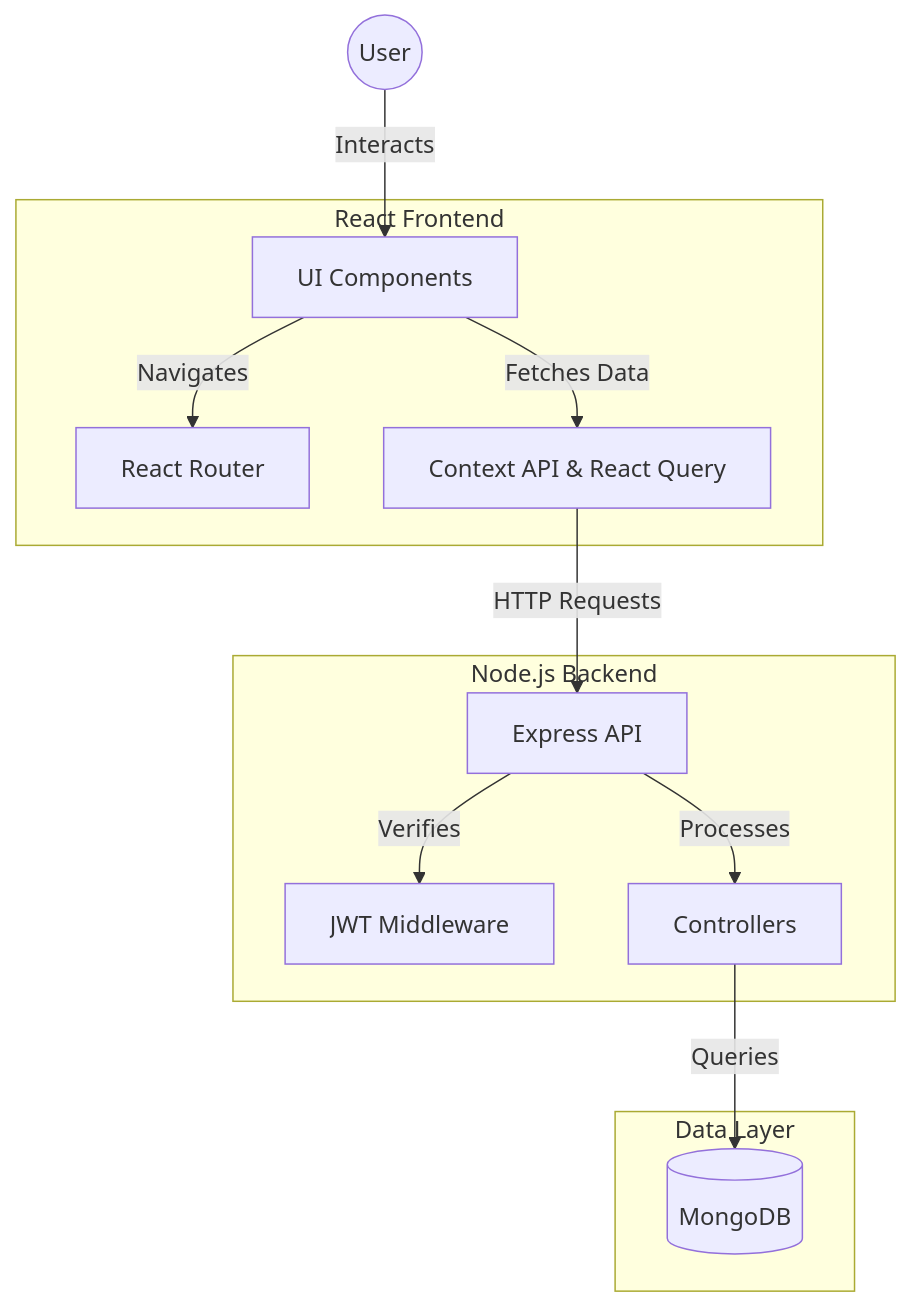
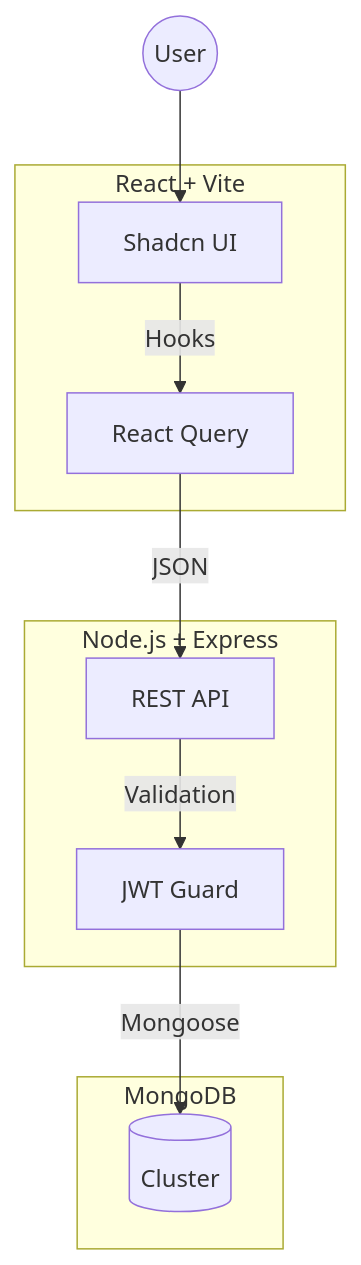
The first of 2 diagrams in README.md (developer-yasir/support-desk), drawn with Mermaid before and after one commit. The commit also changed other lines of this file, not shown here.

````diff
--- a/README.md
+++ b/README.md
@@ -60,29 +73,24 @@
 ```mermaid
 graph TD
     User((User))
     
-    subgraph Frontend [React Frontend]
-        UI[UI Components]
-        Router[React Router]
-        State[Context API & React Query]
+    subgraph Frontend [React + Vite]
+        UI[Shadcn UI]
+        Query[React Query]
     end
     
-    subgraph Backend [Node.js Backend]
-        API[Express API]
-        Auth[JWT Middleware]
-        Controllers[Controllers]
+    subgraph Backend [Node.js + Express]
+        API[REST API]
+        Auth[JWT Guard]
     end
     
-    subgraph Database [Data Layer]
-        MongoDB[(MongoDB)]
+    subgraph Data [MongoDB]
+        DB[(Cluster)]
     end
 
-    User -->|Interacts| UI
-    UI -->|Navigates| Router
-    UI -->|Fetches Data| State
-    State -->|HTTP Requests| API
-    
-    API -->|Verifies| Auth
-    API -->|Processes| Controllers
-    Controllers -->|Queries| MongoDB
+    User --> UI
+    UI -->|Hooks| Query
+    Query -->|JSON| API
+    API -->|Validation| Auth
+    Auth -->|Mongoose| DB
 ```
````
